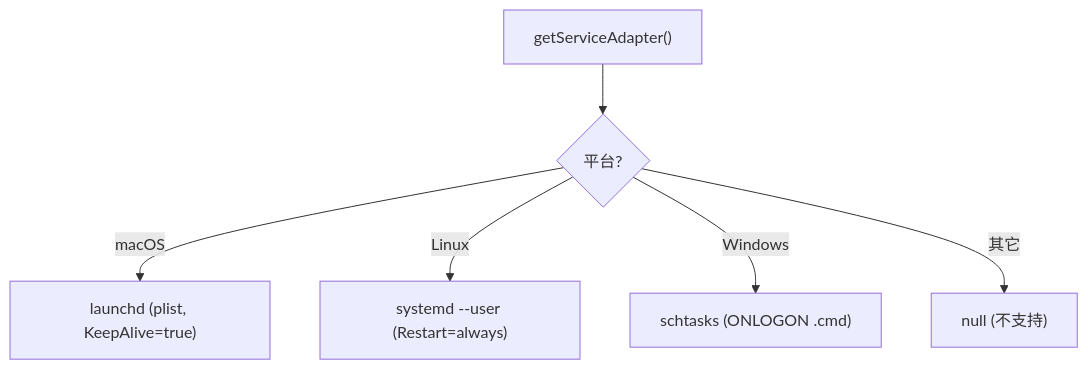
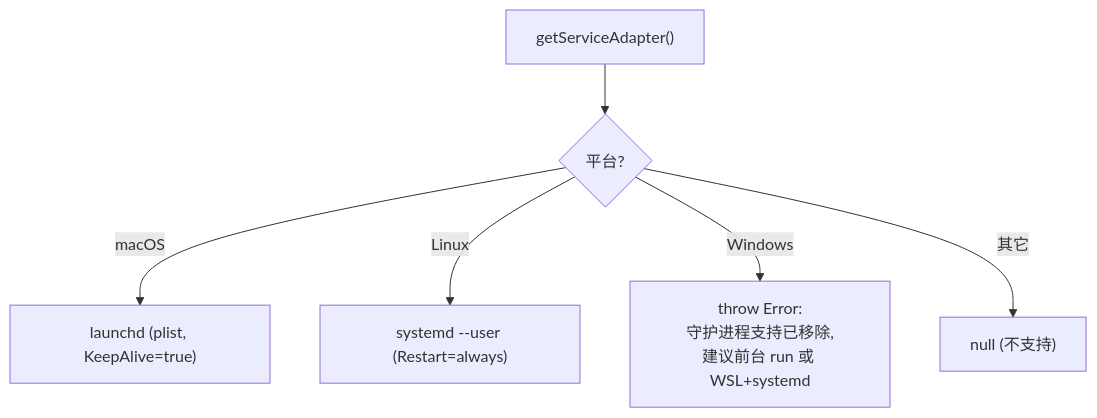
The second of 4 diagrams in how-it-works/11-daemon-cli-runtime.md (sorphwer/feishu-omp-bridge), drawn with Mermaid before and after one commit. The commit also changed other lines of this file and 15 other files, not shown here.

````diff
--- a/how-it-works/11-daemon-cli-runtime.md
+++ b/how-it-works/11-daemon-cli-runtime.md
@@ -59,8 +59,8 @@
 ```mermaid
 flowchart TD
   GET["getServiceAdapter()"] --> OS{"平台?"}
   OS -->|macOS| LD["launchd (plist, KeepAlive=true)"]
   OS -->|Linux| SD["systemd --user (Restart=always)"]
-  OS -->|Windows| ST["schtasks (ONLOGON .cmd)"]
+  OS -->|Windows| WIN["throw Error:<br/>守护进程支持已移除,<br/>建议前台 run 或 WSL+systemd"]
   OS -->|其它| NULL["null (不支持)"]
 ```
````
